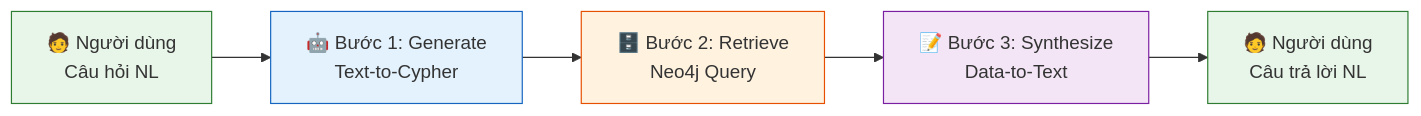
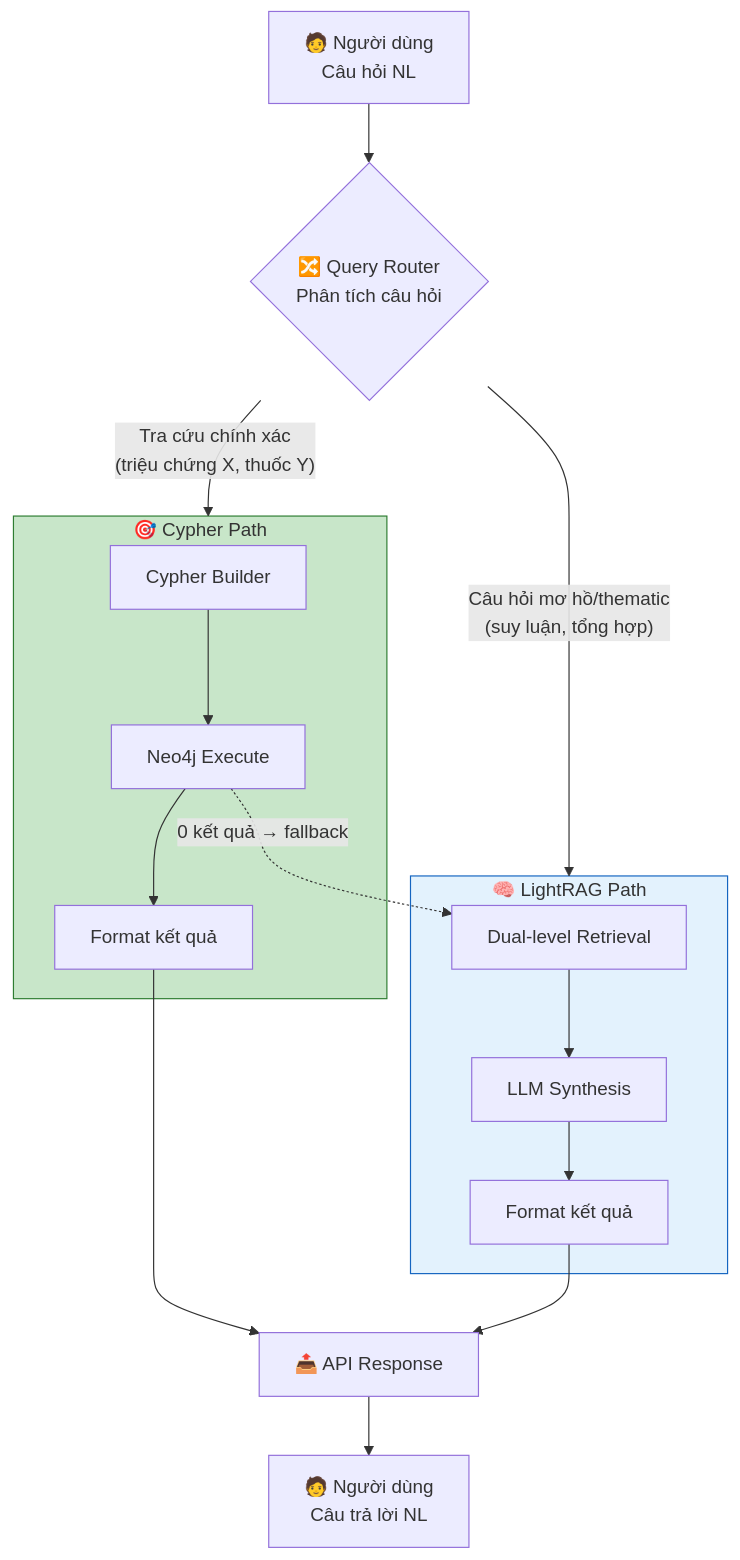
One commit to NgBaoAnn/kbqa changed the first of 2 diagrams in docs/01_PROJECT_OVERVIEW.md. Above: the diagram before and after it, drawn with Mermaid. The commit also changed other lines of this file and 4 other files, not shown here.

Commit message:
docs: update system architecture and API docs for Hybrid GraphRAG

````diff
--- a/docs/01_PROJECT_OVERVIEW.md
+++ b/docs/01_PROJECT_OVERVIEW.md
@@ -43,13 +46,28 @@
 ```mermaid
-graph LR
-    A["🧑 Người dùng <br/> Câu hỏi NL"] --> B["🤖 Bước 1: Generate <br/> Text-to-Cypher"]
-    B --> C["🗄️ Bước 2: Retrieve <br/> Neo4j Query"]
-    C --> D["📝 Bước 3: Synthesize <br/> Data-to-Text"]
-    D --> E["🧑 Người dùng <br/> Câu trả lời NL"]
+graph TB
+    Q["🧑 Người dùng<br/>Câu hỏi NL"] --> ROUTER
 
-    style A fill:#e8f5e9,stroke:#2e7d32
-    style B fill:#e3f2fd,stroke:#1565c0
-    style C fill:#fff3e0,stroke:#e65100
-    style D fill:#f3e5f5,stroke:#7b1fa2
-    style E fill:#e8f5e9,stroke:#2e7d32
+    ROUTER{"🔀 Query Router<br/>Phân tích câu hỏi"}
+    
+    ROUTER -- "Tra cứu chính xác<br/>(triệu chứng X, thuốc Y)" --> CYPHER
+    ROUTER -- "Câu hỏi mơ hồ/thematic<br/>(suy luận, tổng hợp)" --> LIGHTRAG
+    
+    subgraph CYPHER ["🎯 Cypher Path"]
+        CB["Cypher Builder"] --> NEO_E["Neo4j Execute"]
+        NEO_E --> CY_FMT["Format kết quả"]
+    end
+    
+    subgraph LIGHTRAG ["🧠 LightRAG Path"]
+        LRAG["Dual-level Retrieval"] --> LLM_S["LLM Synthesis"]
+        LLM_S --> LR_FMT["Format kết quả"]
+    end
+    
+    NEO_E -. "0 kết quả → fallback" .-> LRAG
+    CY_FMT --> RESP
+    LR_FMT --> RESP
+    
+    RESP["📤 API Response"] --> U["🧑 Người dùng<br/>Câu trả lời NL"]
+
+    style CYPHER fill:#c8e6c9,stroke:#2e7d32
+    style LIGHTRAG fill:#e3f2fd,stroke:#1565c0
 ```
````
